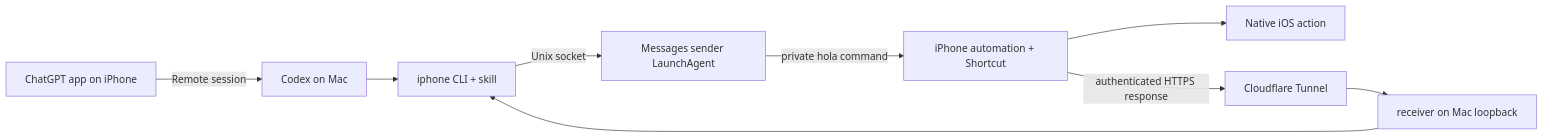
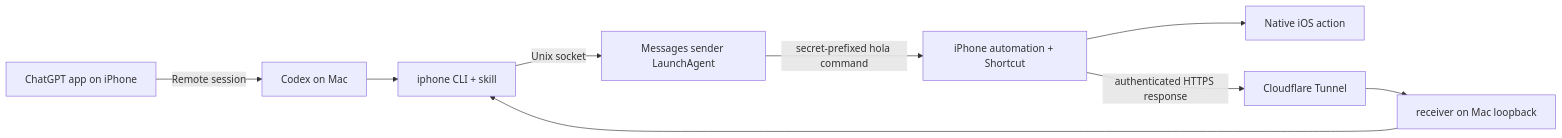
Before and after one commit to eladmoshe/codex-ios-assistant: the diagram in README.md, drawn with Mermaid. The commit also changed other lines of this file and 18 other files, not shown here.

````diff
--- a/README.md
+++ b/README.md
@@ -25,11 +25,11 @@
 ```mermaid
 flowchart LR
     A["ChatGPT app on iPhone"] -->|Remote session| B["Codex on Mac"]
     B --> C["iphone CLI + skill"]
     C -->|Unix socket| D["Messages sender LaunchAgent"]
-    D -->|private hola command| E["iPhone automation + Shortcut"]
+    D -->|secret-prefixed hola command| E["iPhone automation + Shortcut"]
     E --> F["Native iOS action"]
     E -->|authenticated HTTPS response| G["Cloudflare Tunnel"]
     G --> H["receiver on Mac loopback"]
     H --> C
 ```
````
